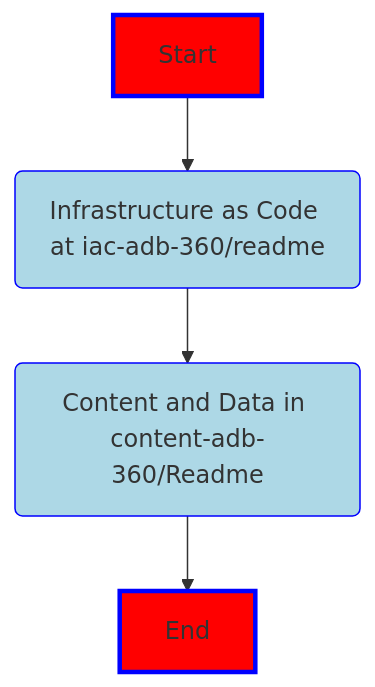
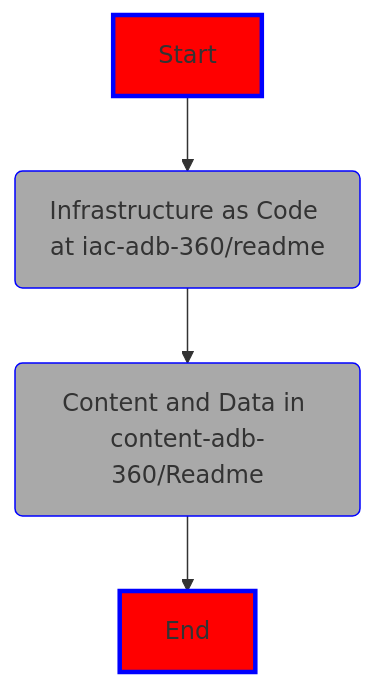
Before and after one commit to Azure/Databricks360: the diagram in README.md, drawn with Mermaid.

````diff
--- a/README.md
+++ b/README.md
@@ -30,11 +30,11 @@
 ```mermaid
 flowchart TD
 Start --> IaC(Infrastructure as Code at iac-adb-360/readme)
 style Start fill:red,stroke:blue,stroke-width:3px,shadow:shadow
 IaC --> Content(Content and Data in content-adb-360/Readme)
-style IaC fill:lightblue,stroke:blue,stroke-witdth:3px,shadow:shadow
+style IaC fill:darkgray,stroke:blue,stroke-witdth:3px,shadow:shadow
 Content --> End
-style Content fill:lightblue,stroke:blue,stroke-witdth:3px,shadow:shadow
+style Content fill:darkgray,stroke:blue,stroke-witdth:3px,shadow:shadow
 style End fill:red,stroke:blue,stroke-width:3px,shadow:shadow
 
 ```
````
